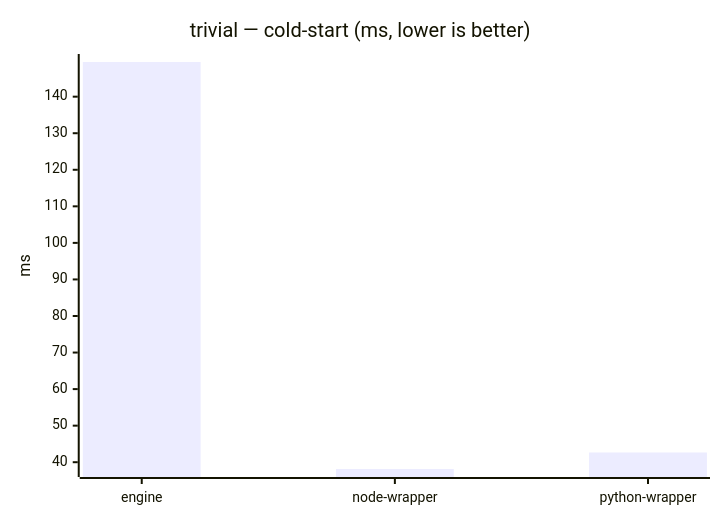
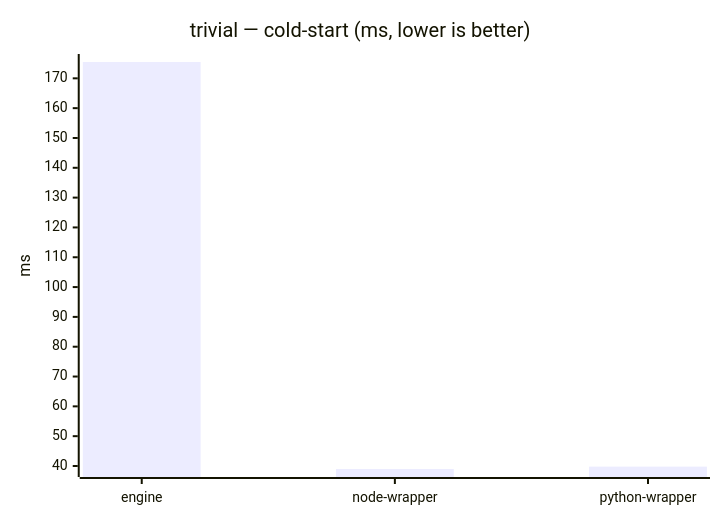
One commit to mulesoft/data-weave-cli changed the first of 23 diagrams in benchmarks/report/RESULTS.md. Above: the diagram before and after it, drawn with Mermaid. The commit also changed other lines of this file, not shown here.

````diff
--- a/benchmarks/report/RESULTS.md
+++ b/benchmarks/report/RESULTS.md
@@ -46,7 +46,7 @@
 ```mermaid
 xychart-beta
     title "trivial — cold-start (ms, lower is better)"
     x-axis ["engine", "node-wrapper", "python-wrapper"]
     y-axis "ms"
-    bar [149.484, 38.142, 42.668]
+    bar [175.477, 38.991, 39.786]
 ```
````
